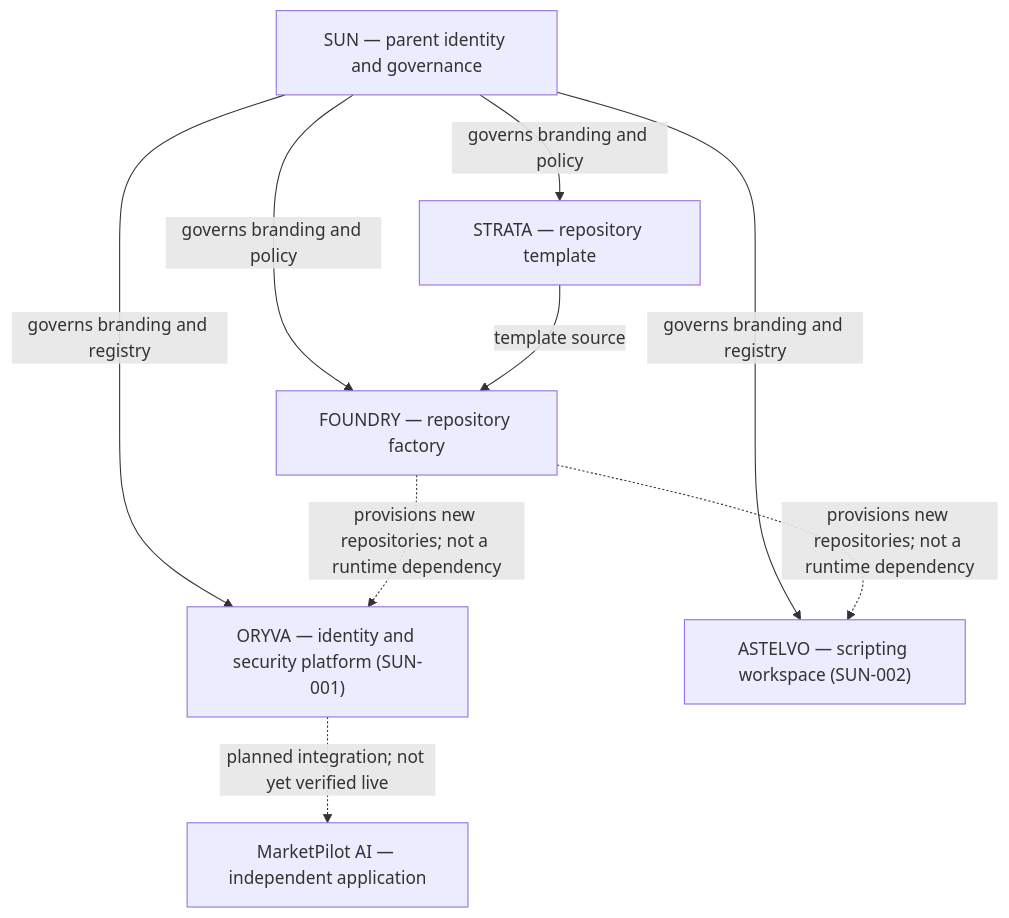
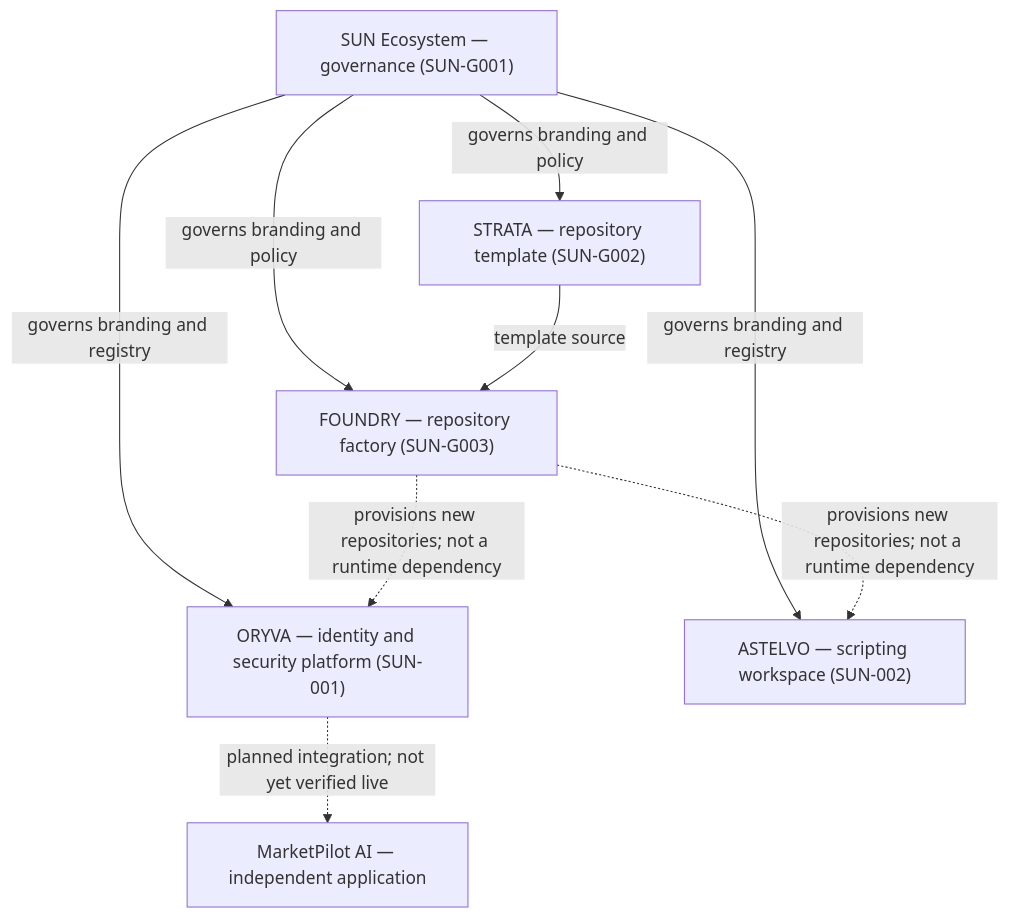
The diagram in docs/architecture/ECOSYSTEM-MAP.md (sunstriker2009/sun-ecosystem), drawn with Mermaid before and after one commit.

Commit message:
docs(governance): assign SUN-G identifiers to ecosystem infrastructure

````diff
--- a/docs/architecture/ECOSYSTEM-MAP.md
+++ b/docs/architecture/ECOSYSTEM-MAP.md
@@ -6,18 +6,18 @@
 ```mermaid
 flowchart TD
-    SUN["SUN — parent identity and governance"]
-    STRATA["STRATA — repository template"]
-    FOUNDRY["FOUNDRY — repository factory"]
+    SUN["SUN Ecosystem — governance (SUN-G001)"]
+    STRATA["STRATA — repository template (SUN-G002)"]
+    FOUNDRY["FOUNDRY — repository factory (SUN-G003)"]
     ORYVA["ORYVA — identity and security platform (SUN-001)"]
     ASTELVO["ASTELVO — scripting workspace (SUN-002)"]
     MARKET["MarketPilot AI — independent application"]
 
     SUN -->|governs branding and policy| STRATA
     SUN -->|governs branding and policy| FOUNDRY
     SUN -->|governs branding and registry| ORYVA
     SUN -->|governs branding and registry| ASTELVO
     STRATA -->|template source| FOUNDRY
     FOUNDRY -.->|provisions new repositories; not a runtime dependency| ORYVA
     FOUNDRY -.->|provisions new repositories; not a runtime dependency| ASTELVO
     ORYVA -.->|planned integration; not yet verified live| MARKET
 ```
````
